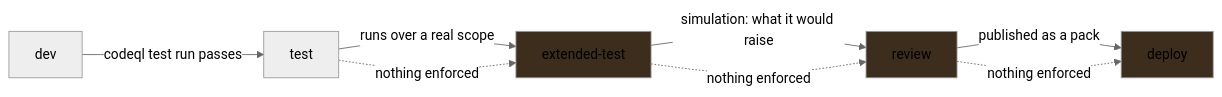
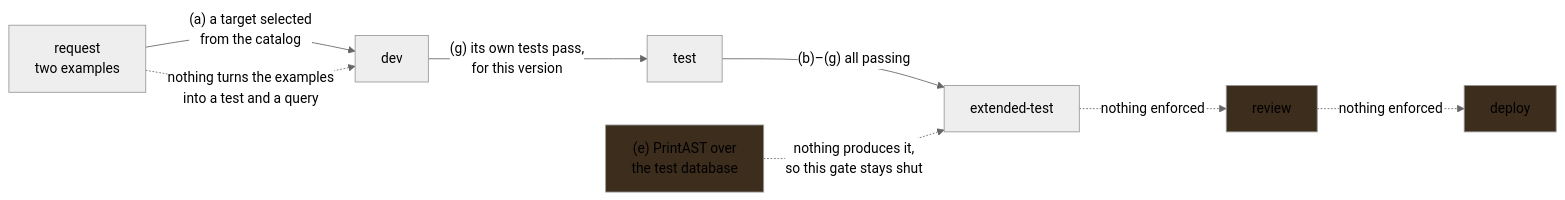
One commit to advanced-security/codeql-abom changed the diagram in plans/ql/query-authoring.md. Above: the diagram before and after it, drawn with Mermaid (neutral theme). The commit also changed other lines of this file and 60 other files, not shown here.

Commit message:
feat(QLaaS): build CodeQL databases as need for query runs

````diff
--- a/plans/ql/query-authoring.md
+++ b/plans/ql/query-authoring.md
@@ -42,13 +64,13 @@
 ```mermaid
 flowchart LR
-    DEV["dev"] -->|"codeql test run passes"| TEST["test"]
-    TEST -->|"runs over a real scope"| EXT["extended-test"]
-    EXT -->|"simulation: what it would raise"| REV["review"]
-    REV -->|"published as a pack"| DEP["deploy"]
-    TEST -. "nothing enforced" .-> EXT
-    EXT -. "nothing enforced" .-> REV
-    REV -. "nothing enforced" .-> DEP
-    style EXT fill:#3d2d1d
+    REQ["request<br/>two examples"] -->|"(a) a target selected<br/>from the catalog"| DEV["dev"]
+    DEV -->|"(g) its own tests pass,<br/>for this version"| TEST["test"]
+    TEST -->|"(b)–(g) all passing"| EXT["extended-test"]
+    AST["(e) PrintAST over<br/>the test database"] -. "nothing produces it,<br/>so this gate stays shut" .-> EXT
+    REQ -. "nothing turns the examples<br/>into a test and a query" .-> DEV
+    EXT -. "nothing enforced" .-> REV["review"]
+    REV -. "nothing enforced" .-> DEP["deploy"]
+    style AST fill:#3d2d1d
     style REV fill:#3d2d1d
     style DEP fill:#3d2d1d
 ```
````
